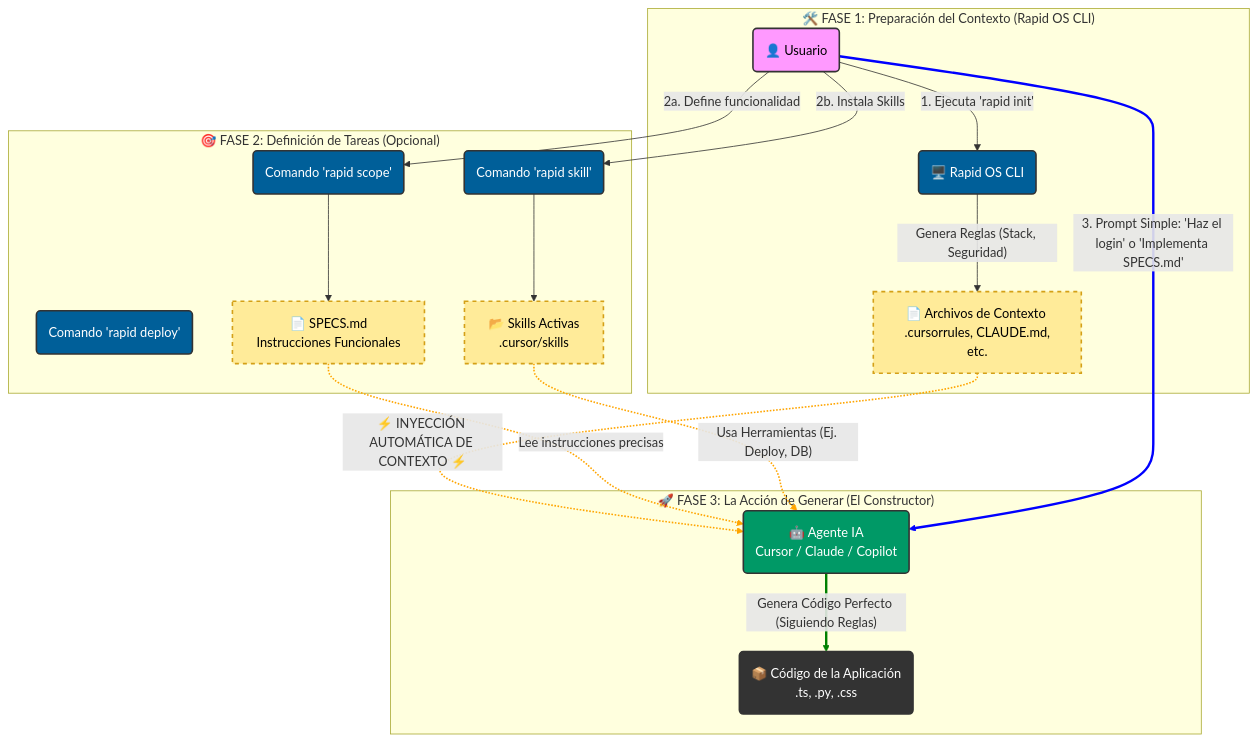
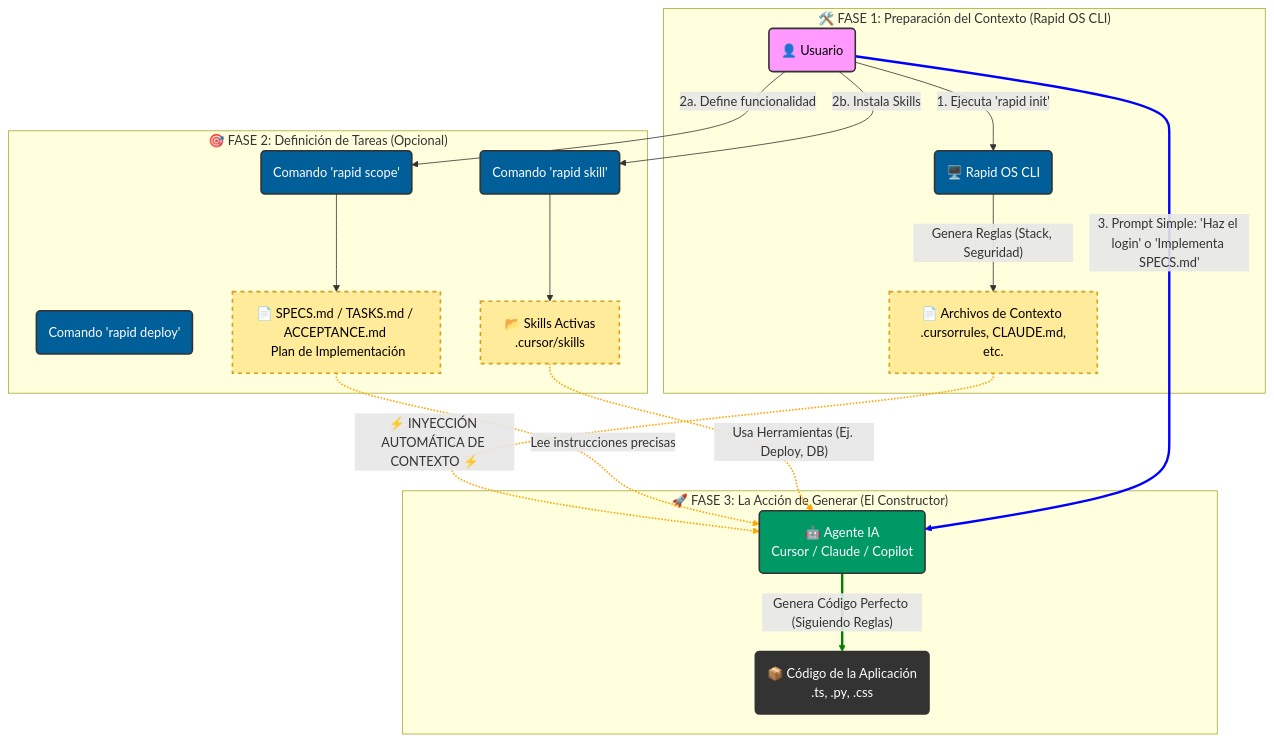
Before and after one commit to alyconr/Rapid-OS: the diagram in README.md, drawn with Mermaid. The commit also changed other lines of this file and 5 other files, not shown here.

````diff
--- a/README.md
+++ b/README.md
@@ -61,59 +61,59 @@
 ```mermaid
 graph TD
     %% Estilos
     classDef user fill:#f9f,stroke:#333,stroke-width:2px,color:black;
     classDef rapid fill:#005f99,stroke:#333,stroke-width:2px,color:white;
     classDef context fill:#ffeb99,stroke:#d4a017,stroke-width:2px,stroke-dasharray: 5 5,color:black;
     classDef ai fill:#009966,stroke:#333,stroke-width:2px,color:white;
     classDef code fill:#333,stroke:#333,stroke-width:2px,color:white;
 
     %% Nodos Principales
     User(👤 Usuario):::user
     AI(🤖 Agente IA <br> Cursor / Claude / Copilot):::ai
     FinalCode(📦 Código de la Aplicación <br> .ts, .py, .css):::code
 
     %% Subgrafo: Rapid OS (El Director Técnico)
     subgraph "🛠️ FASE 1: Preparación del Contexto (Rapid OS CLI)"
         RapidCLI(🖥️ Rapid OS CLI):::rapid
 
         User -->|1. Ejecuta 'rapid init'| RapidCLI
 
         ContextFiles[📄 Archivos de Contexto <br> .cursorrules, CLAUDE.md, etc.]:::context
         RapidCLI -->|"Genera Reglas (Stack, Seguridad)"| ContextFiles
     end
 
     %% Subgrafo: Tareas Específicas (Opcional)
     subgraph "🎯 FASE 2: Definición de Tareas (Opcional)"
         ScopeCmd(Comando 'rapid scope'):::rapid
         DeployCmd(Comando 'rapid deploy'):::rapid
         SkillCmd(Comando 'rapid skill'):::rapid
 
         User -->|2a. Define funcionalidad| ScopeCmd
         User -->|2b. Instala Skills| SkillCmd
 
-        SpecsFile[📄 SPECS.md <br> Instrucciones Funcionales]:::context
+        SpecsFile[📄 SPECS.md / TASKS.md / ACCEPTANCE.md <br> Plan de Implementación]:::context
         SkillsFolder[📂 Skills Activas <br> .cursor/skills]:::context
 
         ScopeCmd --> SpecsFile
         SkillCmd --> SkillsFolder
     end
 
     %% Subgrafo: La Generación Real (El Constructor)
     subgraph "🚀 FASE 3: La Acción de Generar (El Constructor)"
         %% La Inyección Mágica
         ContextFiles -.->|"⚡ INYECCIÓN AUTOMÁTICA DE CONTEXTO ⚡"| AI
         SpecsFile -.->|"Lee instrucciones precisas"| AI
         SkillsFolder -.->|"Usa Herramientas (Ej. Deploy, DB)"| AI
 
         %% La Acción del Usuario - CORREGIDA
         User == "3. Prompt Simple: 'Haz el login' o 'Implementa SPECS.md'" ==> AI
 
         %% El Resultado
         AI ==>|"Genera Código Perfecto (Siguiendo Reglas)"| FinalCode
     end
 
     %% Leyenda
     linkStyle 6,7,8 stroke:orange,stroke-width:2px,fill:none;
     linkStyle 9 stroke:blue,stroke-width:3px,fill:none;
     linkStyle 10 stroke:green,stroke-width:3px,fill:none;
 ```
````
